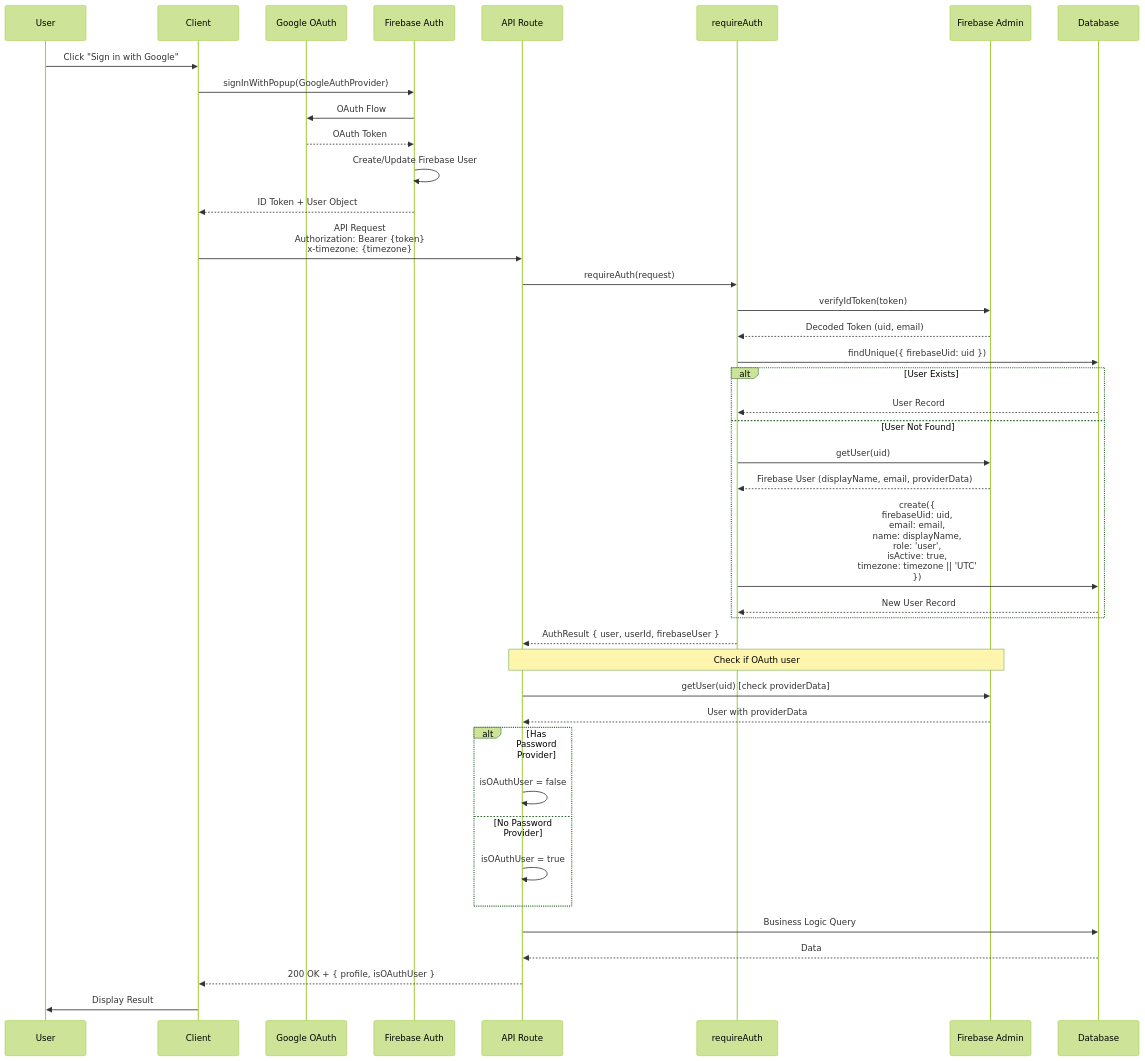
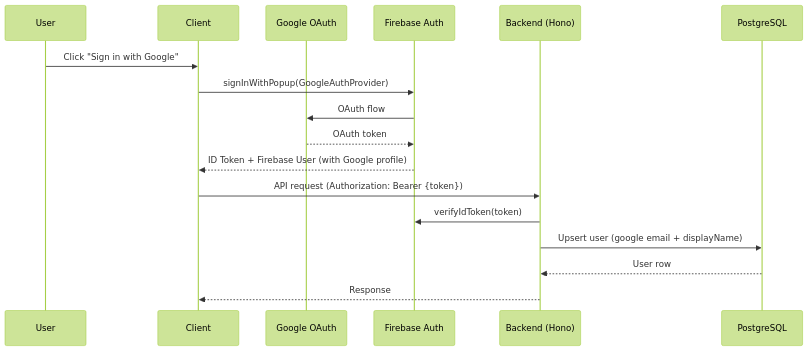
The fifth of 5 diagrams in docs/architecture/core/authentication.md (KennethAtchon/ContentAI), drawn with Mermaid (forest theme) before and after one commit. The commit also changed other lines of this file and 12 other files, not shown here.

First line of the commit message:
docs: Update architecture documentation to reflect ReelStudio's current tech stack and implementation

````diff
--- a/docs/architecture/core/authentication.md
+++ b/docs/architecture/core/authentication.md
@@ -883,50 +354,20 @@
 ```mermaid
 sequenceDiagram
     participant User
     participant Client
     participant Google OAuth
     participant Firebase Auth
-    participant API Route
-    participant requireAuth
-    participant Firebase Admin
-    participant Database
+    participant Backend (Hono)
+    participant PostgreSQL
 
     User->>Client: Click "Sign in with Google"
     Client->>Firebase Auth: signInWithPopup(GoogleAuthProvider)
-    Firebase Auth->>Google OAuth: OAuth Flow
-    Google OAuth-->>Firebase Auth: OAuth Token
-    Firebase Auth->>Firebase Auth: Create/Update Firebase User
-    Firebase Auth-->>Client: ID Token + User Object
-    
-    Client->>API Route: API Request<br/>Authorization: Bearer {token}<br/>x-timezone: {timezone}
-    API Route->>requireAuth: requireAuth(request)
-    
-    requireAuth->>Firebase Admin: verifyIdToken(token)
-    Firebase Admin-->>requireAuth: Decoded Token (uid, email)
-    
-    requireAuth->>Database: findUnique({ firebaseUid: uid })
-    alt User Exists
-        Database-->>requireAuth: User Record
-    else User Not Found
-        requireAuth->>Firebase Admin: getUser(uid)
-        Firebase Admin-->>requireAuth: Firebase User (displayName, email, providerData)
-        requireAuth->>Database: create({<br/>  firebaseUid: uid,<br/>  email: email,<br/>  name: displayName,<br/>  role: 'user',<br/>  isActive: true,<br/>  timezone: timezone || 'UTC'<br/>})
-        Database-->>requireAuth: New User Record
-    end
-    
-    requireAuth-->>API Route: AuthResult { user, userId, firebaseUser }
-    
-    Note over API Route,Firebase Admin: Check if OAuth user
-    API Route->>Firebase Admin: getUser(uid) [check providerData]
-    Firebase Admin-->>API Route: User with providerData
-    alt Has Password Provider
-        API Route->>API Route: isOAuthUser = false
-    else No Password Provider
-        API Route->>API Route: isOAuthUser = true
-    end
-    
-    API Route->>Database: Business Logic Query
-    Database-->>API Route: Data
-    API Route-->>Client: 200 OK + { profile, isOAuthUser }
-    Client->>User: Display Result
+    Firebase Auth->>Google OAuth: OAuth flow
+    Google OAuth-->>Firebase Auth: OAuth token
+    Firebase Auth-->>Client: ID Token + Firebase User (with Google profile)
+    Client->>Backend (Hono): API request (Authorization: Bearer {token})
+    Backend (Hono)->>Firebase Auth: verifyIdToken(token)
+    Backend (Hono)->>PostgreSQL: Upsert user (google email + displayName)
+    PostgreSQL-->>Backend (Hono): User row
+    Backend (Hono)-->>Client: Response
 ```
````
